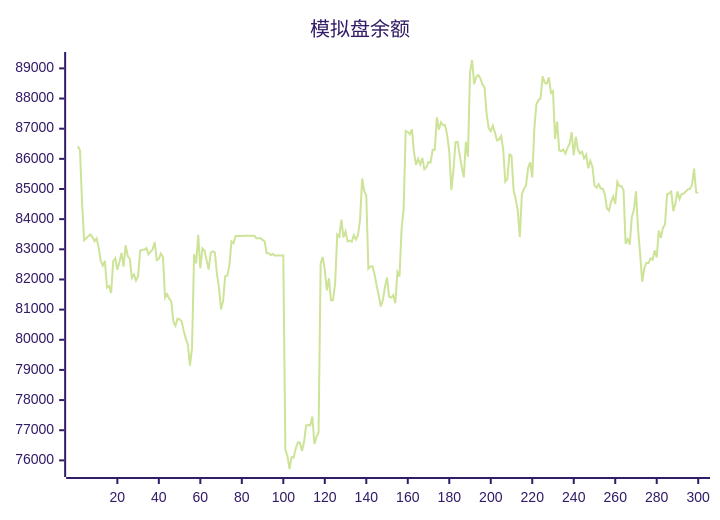
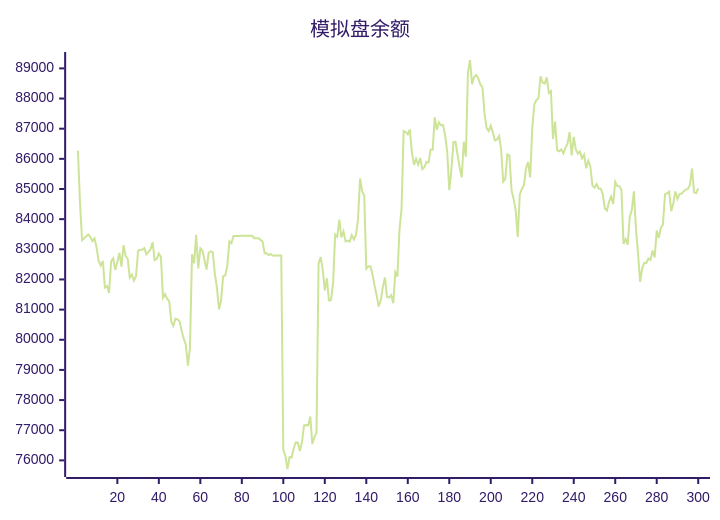
One commit to aahl/ai-trading changed the diagram in README.md. Above: the diagram before and after it, drawn with Mermaid (forest theme). The commit also changed other lines of this file and 1 other file, not shown here.

````diff
--- a/README.md
+++ b/README.md
@@ -5,5 +5,5 @@
 ```mermaid
 xychart
     title "模拟盘余额"
-    line [86417,86273,84538,83299,83369,83430,83490,83404,83270,83362,83056,82605,82459,82614,81734,81788,81551,82598,82702,82320,82580,82878,82426,83139,82778,82686,82056,82166,81963,82110,82951,82983,82984,83038,82838,82915,82998,83235,82642,82682,82858,82746,81396,81512,81362,81277,80600,80461,80699,80673,80616,80288,80038,79836,79142,79722,82837,82533,83480,82366,83032,82960,82654,82330,82883,82934,82901,82188,81728,81005,81298,82110,82135,82449,83264,83203,83440,83439,83440,83440,83446,83447,83448,83447,83448,83449,83369,83369,83369,83313,83256,82872,82873,82801,82844,82785,82791,82791,82793,82794,76339,76145,75714,76110,76096,76397,76594,76585,76310,76607,77160,77170,77160,77456,76541,76774,76927,82520,82744,82337,81639,82040,81307,81314,81887,83490,83414,83984,83396,83594,83261,83287,83253,83470,83327,83465,83987,85348,84930,84786,82355,82433,82438,82167,81795,81466,81105,81315,81756,82064,81426,81398,81481,81210,82242,82099,83658,84359,86925,86892,86814,86980,86203,85802,86003,85811,86028,85657,85721,85896,85880,86300,86299,87378,86965,87214,87115,87118,86780,86238,84966,85623,86555,86562,86129,85722,85387,86569,86070,88870,89278,88477,88720,88781,88668,88467,88372,87493,87018,86917,87102,86870,86613,86644,86758,86317,85242,85334,86149,86106,84968,84671,84302,83410,84816,85001,85127,85693,85891,85384,87001,87811,87945,88007,88734,88528,88495,88705,88189,88248,86662,87234,86279,86251,86314,86177,86364,86503,86886,86114,86731,86310,86176,86240,86017,86136,85685,85938,85749,85111,85044,85164,85016,85008,84824,84354,84287,84572,84745,84500,85234,85096,85095,84970,83180,83338,83157,84070,84309,84922,83667,82850,81924,82369,82552,82539,82695,82648,82962,82728,83619,83378,83710,83825,84819,84854,84917,84265,84527,84919,84668,84834,84850,84916,84981,85004,85131,85674,84891,84864]
+    line [86273,84538,83299,83369,83430,83490,83404,83270,83362,83056,82605,82459,82614,81734,81788,81551,82598,82702,82320,82580,82878,82426,83139,82778,82686,82056,82166,81963,82110,82951,82983,82984,83038,82838,82915,82998,83235,82642,82682,82858,82746,81396,81512,81362,81277,80600,80461,80699,80673,80616,80288,80038,79836,79142,79722,82837,82533,83480,82366,83032,82960,82654,82330,82883,82934,82901,82188,81728,81005,81298,82110,82135,82449,83264,83203,83440,83439,83440,83440,83446,83447,83448,83447,83448,83449,83369,83369,83369,83313,83256,82872,82873,82801,82844,82785,82791,82791,82793,82794,76339,76145,75714,76110,76096,76397,76594,76585,76310,76607,77160,77170,77160,77456,76541,76774,76927,82520,82744,82337,81639,82040,81307,81314,81887,83490,83414,83984,83396,83594,83261,83287,83253,83470,83327,83465,83987,85348,84930,84786,82355,82433,82438,82167,81795,81466,81105,81315,81756,82064,81426,81398,81481,81210,82242,82099,83658,84359,86925,86892,86814,86980,86203,85802,86003,85811,86028,85657,85721,85896,85880,86300,86299,87378,86965,87214,87115,87118,86780,86238,84966,85623,86555,86562,86129,85722,85387,86569,86070,88870,89278,88477,88720,88781,88668,88467,88372,87493,87018,86917,87102,86870,86613,86644,86758,86317,85242,85334,86149,86106,84968,84671,84302,83410,84816,85001,85127,85693,85891,85384,87001,87811,87945,88007,88734,88528,88495,88705,88189,88248,86662,87234,86279,86251,86314,86177,86364,86503,86886,86114,86731,86310,86176,86240,86017,86136,85685,85938,85749,85111,85044,85164,85016,85008,84824,84354,84287,84572,84745,84500,85234,85096,85095,84970,83180,83338,83157,84070,84309,84922,83667,82850,81924,82369,82552,82539,82695,82648,82962,82728,83619,83378,83710,83825,84819,84854,84917,84265,84527,84919,84668,84834,84850,84916,84981,85004,85131,85674,84891,84864,85019]
 ```
````
